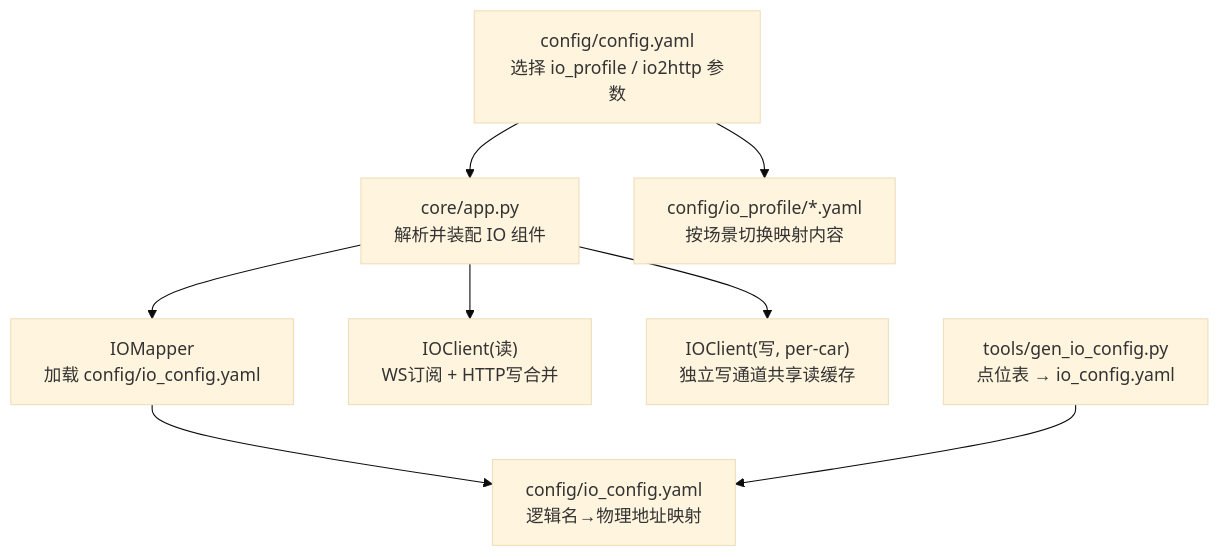
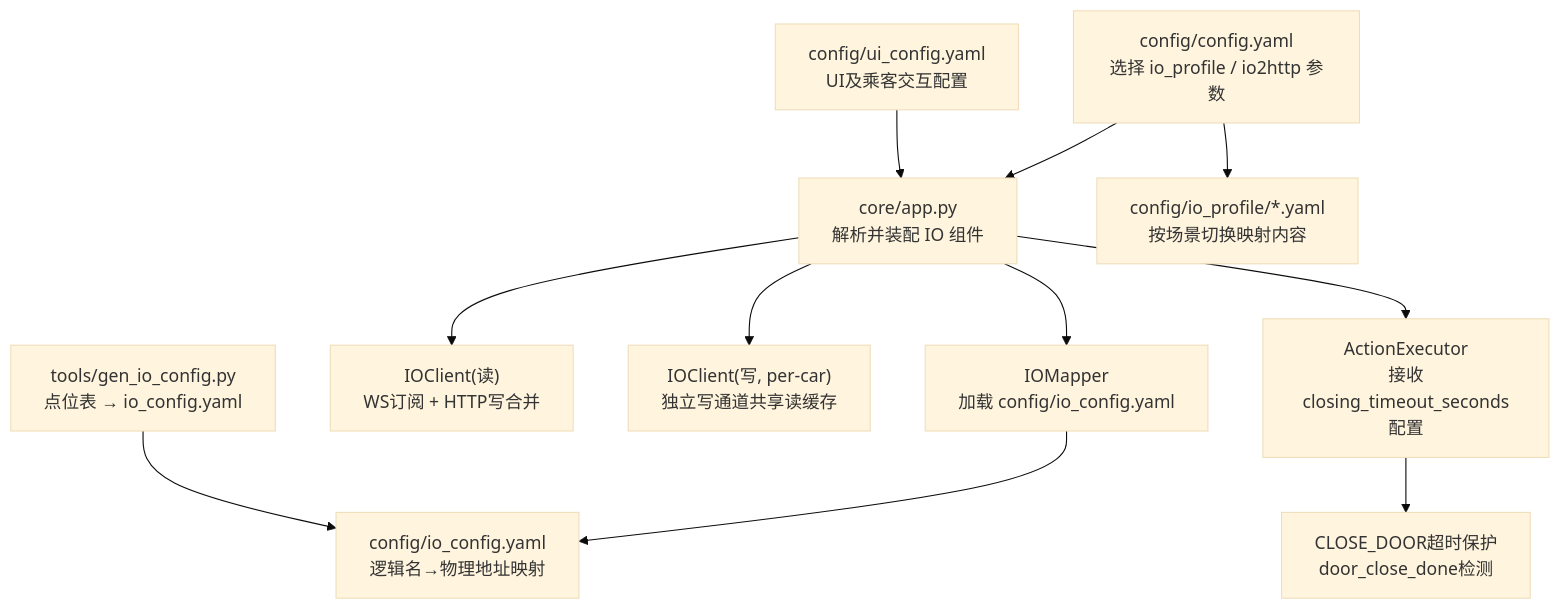
The first of 7 diagrams in .qoder/repowiki/zh/content/接口契约/IO配置文件管理.md (xmb505/Haku_EET), drawn with Mermaid (base theme) before and after one commit. The commit also changed other lines of this file and 27 other files, not shown here.

````diff
--- a/.qoder/repowiki/zh/content/接口契约/IO配置文件管理.md
+++ b/.qoder/repowiki/zh/content/接口契约/IO配置文件管理.md
@@ -39,10 +52,13 @@
 ```mermaid
 graph TB
 A["config/config.yaml<br/>选择 io_profile / io2http 参数"] --> B["core/app.py<br/>解析并装配 IO 组件"]
 B --> C["IOMapper<br/>加载 config/io_config.yaml"]
 B --> D["IOClient(读)<br/>WS订阅 + HTTP写合并"]
 B --> E["IOClient(写, per-car)<br/>独立写通道共享读缓存"]
 C --> F["config/io_config.yaml<br/>逻辑名→物理地址映射"]
 A --> G["config/io_profile/*.yaml<br/>按场景切换映射内容"]
 H["tools/gen_io_config.py<br/>点位表 → io_config.yaml"] --> F
+U["config/ui_config.yaml<br/>UI及乘客交互配置"] --> B
+B --> V["ActionExecutor<br/>接收closing_timeout_seconds配置"]
+V --> W["CLOSE_DOOR超时保护<br/>door_close_done检测"]
 ```
````
